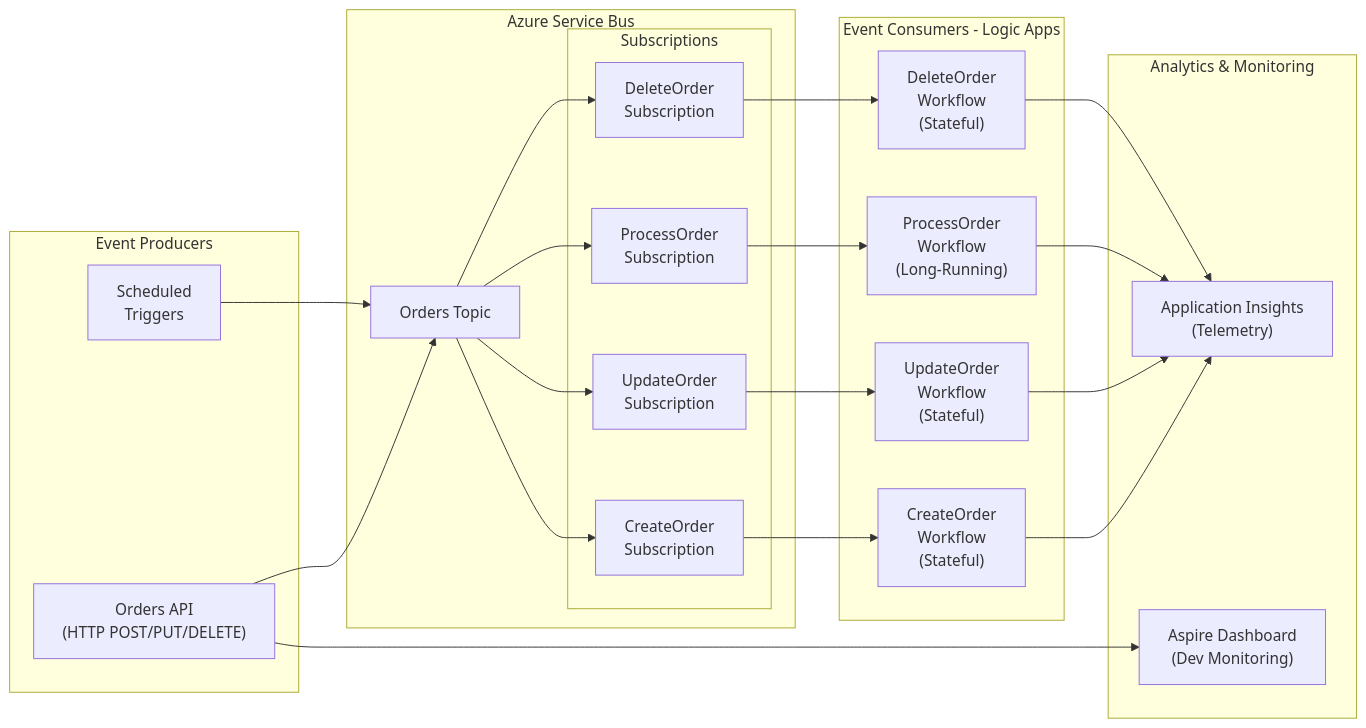
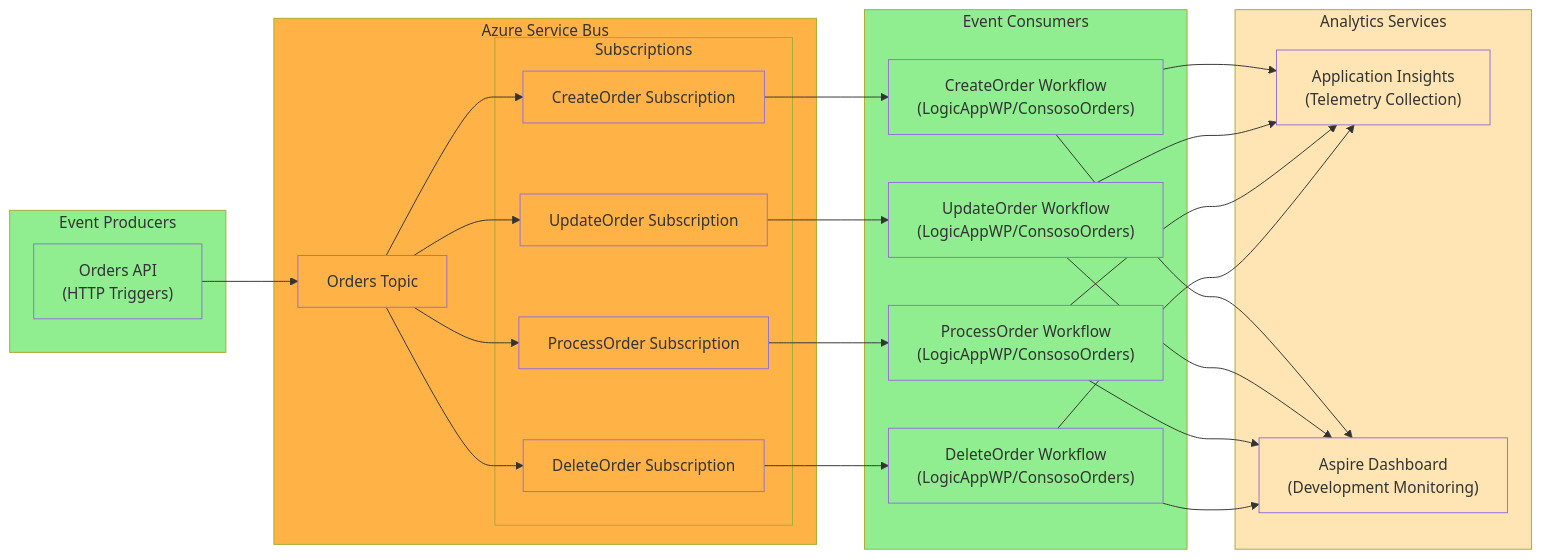
One commit to Evilazaro/Azure-LogicApps-Monitoring changed the seventh of 12 diagrams in README.md. Above: the diagram before and after it, drawn with Mermaid. The commit also changed other lines of this file, not shown here.

Commit message:
refactor: update flowcharts in README.md for improved clarity and consistency

````diff
--- a/README.md
+++ b/README.md
@@ -451,49 +512,68 @@
 ```mermaid
 flowchart LR
     subgraph Producers["Event Producers"]
-        OrdersAPI["Orders API<br/>(HTTP POST/PUT/DELETE)"]
-        ScheduledTriggers["Scheduled<br/>Triggers"]
+        OrdersAPI["Orders API<br/>(HTTP Triggers)"]
     end
     
     subgraph EventBus["Azure Service Bus"]
         OrdersTopic["Orders Topic"]
         subgraph Subscriptions["Subscriptions"]
-            CreateOrderSub["CreateOrder<br/>Subscription"]
-            UpdateOrderSub["UpdateOrder<br/>Subscription"]
-            ProcessOrderSub["ProcessOrder<br/>Subscription"]
-            DeleteOrderSub["DeleteOrder<br/>Subscription"]
+            CreateSub["CreateOrder Subscription"]
+            UpdateSub["UpdateOrder Subscription"]
+            ProcessSub["ProcessOrder Subscription"]
+            DeleteSub["DeleteOrder Subscription"]
         end
     end
     
-    subgraph Consumers["Event Consumers - Logic Apps"]
-        CreateWorkflow["CreateOrder<br/>Workflow<br/>(Stateful)"]
-        UpdateWorkflow["UpdateOrder<br/>Workflow<br/>(Stateful)"]
-        ProcessWorkflow["ProcessOrder<br/>Workflow<br/>(Long-Running)"]
-        DeleteWorkflow["DeleteOrder<br/>Workflow<br/>(Stateful)"]
+    subgraph Consumers["Event Consumers"]
+        CreateWorkflow["CreateOrder Workflow<br/>(LogicAppWP/ConsosoOrders)"]
+        UpdateWorkflow["UpdateOrder Workflow<br/>(LogicAppWP/ConsosoOrders)"]
+        ProcessWorkflow["ProcessOrder Workflow<br/>(LogicAppWP/ConsosoOrders)"]
+        DeleteWorkflow["DeleteOrder Workflow<br/>(LogicAppWP/ConsosoOrders)"]
     end
     
-    subgraph Analytics["Analytics & Monitoring"]
-        AppInsights["Application Insights<br/>(Telemetry)"]
-        AspireDashboard["Aspire Dashboard<br/>(Dev Monitoring)"]
+    subgraph Analytics["Analytics Services"]
+        AppInsights["Application Insights<br/>(Telemetry Collection)"]
+        AspireDashboard["Aspire Dashboard<br/>(Development Monitoring)"]
     end
     
     OrdersAPI --> OrdersTopic
-    ScheduledTriggers --> OrdersTopic
     
-    OrdersTopic --> CreateOrderSub
-    OrdersTopic --> UpdateOrderSub
-    OrdersTopic --> ProcessOrderSub
-    OrdersTopic --> DeleteOrderSub
+    OrdersTopic --> CreateSub
+    OrdersTopic --> UpdateSub
+    OrdersTopic --> ProcessSub
+    OrdersTopic --> DeleteSub
     
-    CreateOrderSub --> CreateWorkflow
-    UpdateOrderSub --> UpdateWorkflow
-    ProcessOrderSub --> ProcessWorkflow
-    DeleteOrderSub --> DeleteWorkflow
+    CreateSub --> CreateWorkflow
+    UpdateSub --> UpdateWorkflow
+    ProcessSub --> ProcessWorkflow
+    DeleteSub --> DeleteWorkflow
     
     CreateWorkflow --> AppInsights
     UpdateWorkflow --> AppInsights
     ProcessWorkflow --> AppInsights
     DeleteWorkflow --> AppInsights
     
-    OrdersAPI --> AspireDashboard
+    CreateWorkflow --> AspireDashboard
+    UpdateWorkflow --> AspireDashboard
+    ProcessWorkflow --> AspireDashboard
+    DeleteWorkflow --> AspireDashboard
+    
+    style Producers fill:#90EE90
+    style EventBus fill:#FFB347
+    style Consumers fill:#90EE90
+    style Analytics fill:#FFE5B4
+    style OrdersAPI fill:#90EE90
+    style OrdersTopic fill:#FFB347
+    style Subscriptions fill:#FFB347
+    style CreateSub fill:#FFB347
+    style UpdateSub fill:#FFB347
+    style ProcessSub fill:#FFB347
+    style DeleteSub fill:#FFB347
+    style CreateWorkflow fill:#90EE90
+    style UpdateWorkflow fill:#90EE90
+    style ProcessWorkflow fill:#90EE90
+    style DeleteWorkflow fill:#90EE90
+    style AppInsights fill:#FFE5B4
+    style AspireDashboard fill:#FFE5B4
 ```
````
